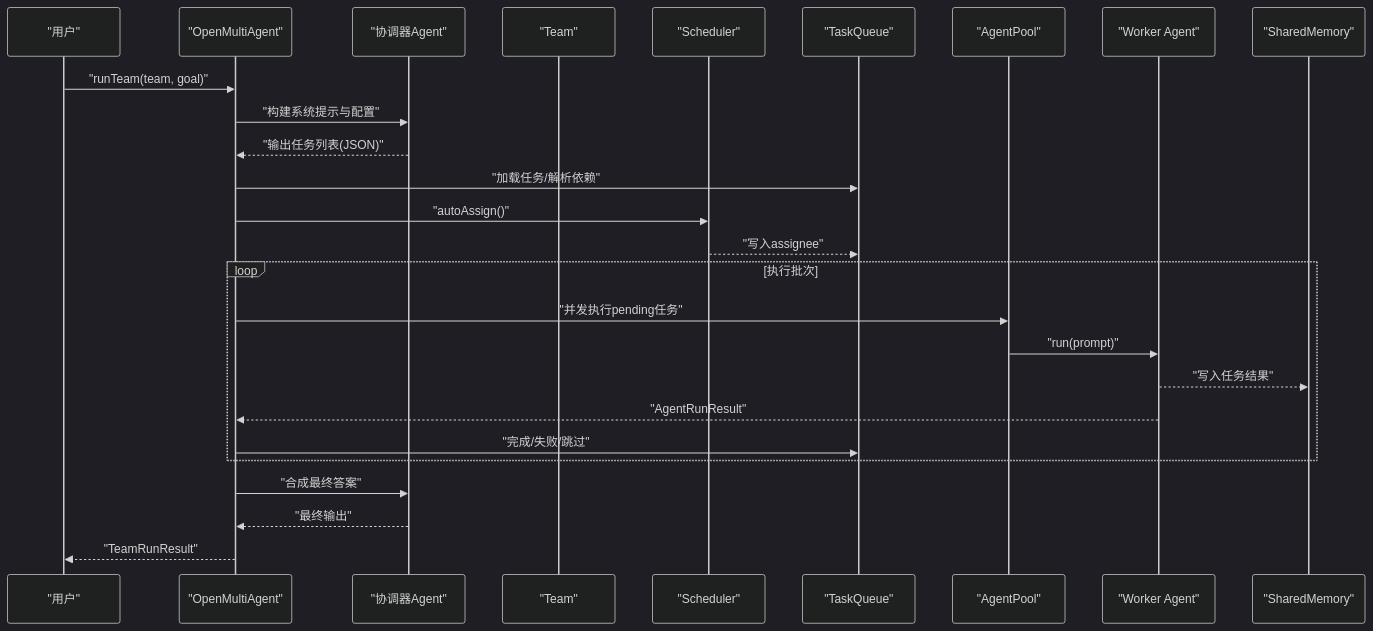
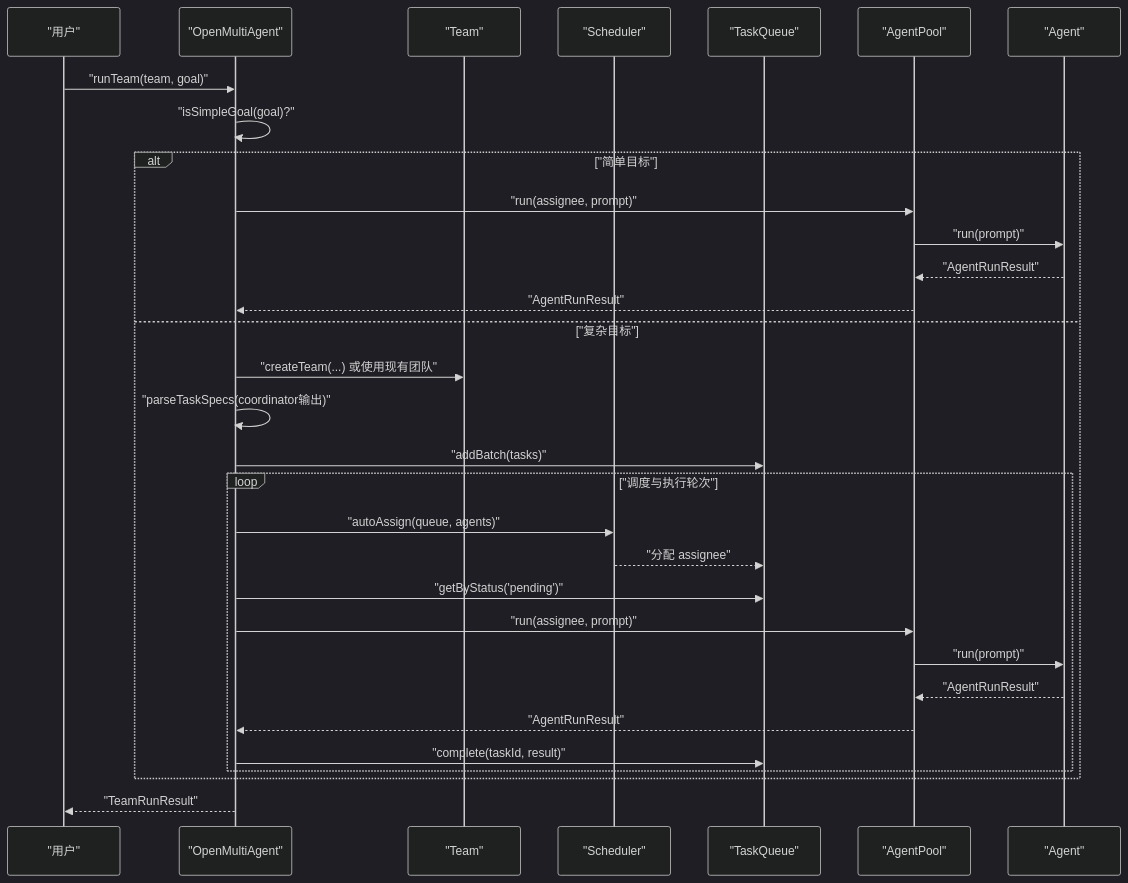
The second of 7 diagrams in .qoder/repowiki/zh/content/核心概念/核心概念.md (haolange/open-multi-agent), drawn with Mermaid (dark theme) before and after one commit. The commit also changed other lines of this file and 100 other files, not shown here.

````diff
--- a/.qoder/repowiki/zh/content/核心概念/核心概念.md
+++ b/.qoder/repowiki/zh/content/核心概念/核心概念.md
@@ -110,28 +112,33 @@
 ```mermaid
 sequenceDiagram
 participant U as "用户"
 participant OM as "OpenMultiAgent"
-participant CO as "协调器Agent"
-participant T as "Team"
+participant TEAM as "Team"
 participant SCH as "Scheduler"
 participant Q as "TaskQueue"
-participant AP as "AgentPool"
-participant A as "Worker Agent"
-participant MEM as "SharedMemory"
+participant POOL as "AgentPool"
+participant AG as "Agent"
 U->>OM : "runTeam(team, goal)"
-OM->>CO : "构建系统提示与配置"
-CO-->>OM : "输出任务列表(JSON)"
-OM->>Q : "加载任务/解析依赖"
-OM->>SCH : "autoAssign()"
-SCH-->>Q : "写入assignee"
-loop 执行批次
-OM->>AP : "并发执行pending任务"
-AP->>A : "run(prompt)"
-A-->>MEM : "写入任务结果"
-A-->>OM : "AgentRunResult"
-OM->>Q : "完成/失败/跳过"
+OM->>OM : "isSimpleGoal(goal)?"
+alt "简单目标"
+OM->>POOL : "run(assignee, prompt)"
+POOL->>AG : "run(prompt)"
+AG-->>POOL : "AgentRunResult"
+POOL-->>OM : "AgentRunResult"
+else "复杂目标"
+OM->>TEAM : "createTeam(...) 或使用现有团队"
+OM->>OM : "parseTaskSpecs(coordinator输出)"
+OM->>Q : "addBatch(tasks)"
+loop "调度与执行轮次"
+OM->>SCH : "autoAssign(queue, agents)"
+SCH-->>Q : "分配 assignee"
+OM->>Q : "getByStatus('pending')"
+OM->>POOL : "run(assignee, prompt)"
+POOL->>AG : "run(prompt)"
+AG-->>POOL : "AgentRunResult"
+POOL-->>OM : "AgentRunResult"
+OM->>Q : "complete(taskId, result)"
 end
-OM->>CO : "合成最终答案"
-CO-->>OM : "最终输出"
+end
 OM-->>U : "TeamRunResult"
 ```
````
